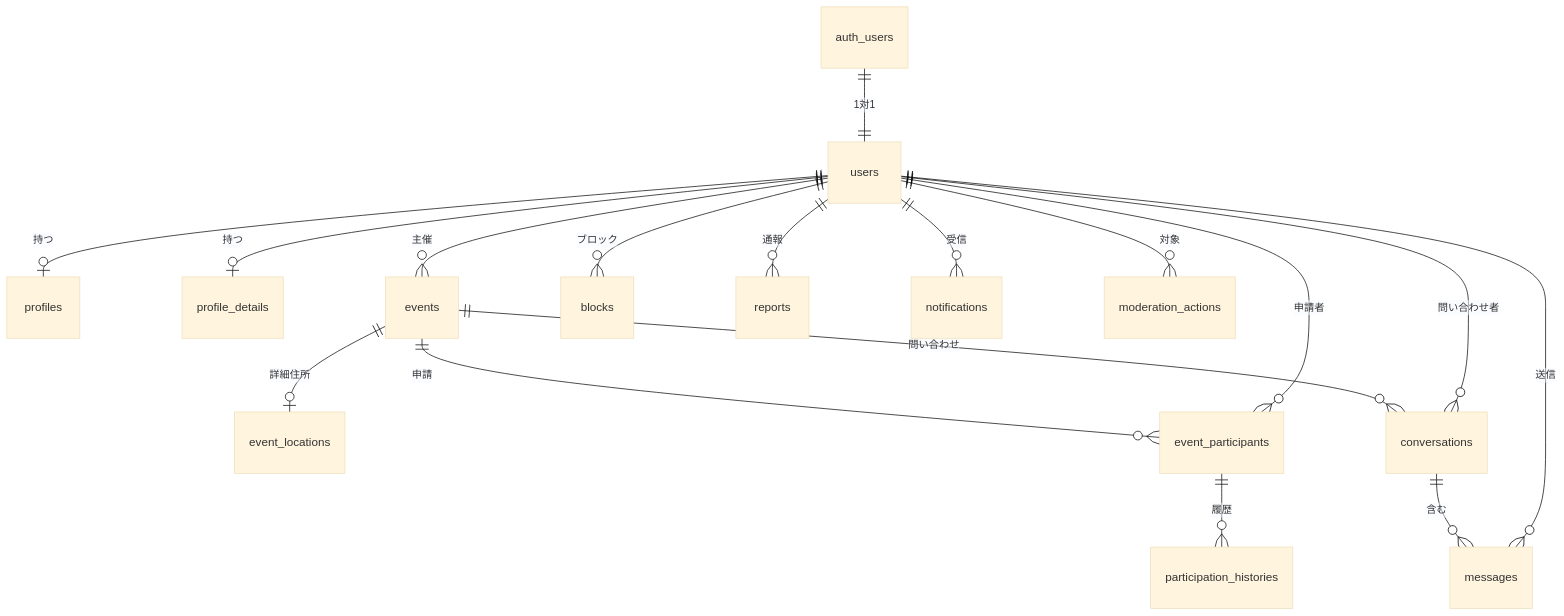
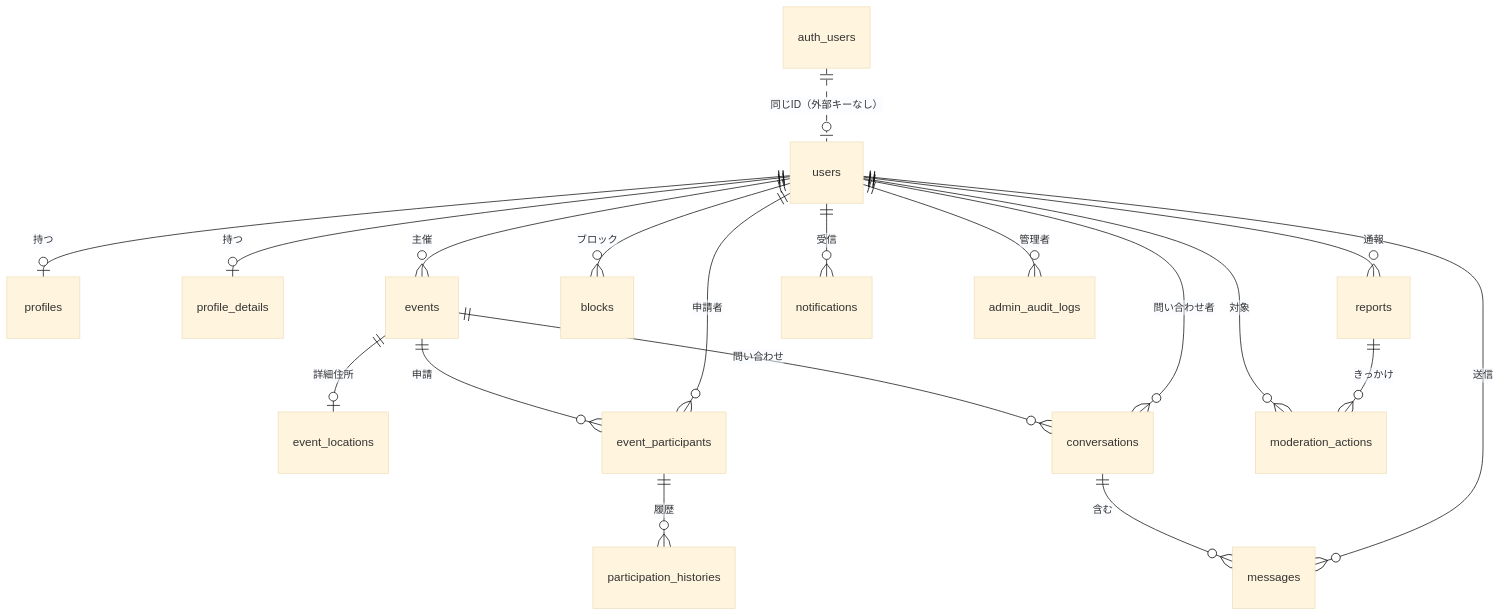
The first of 2 diagrams in docs/06_データベース設計.md (sysnovastudio-byte/nagoya-volleyball-matching), drawn with Mermaid (base theme) before and after one commit. The commit also changed other lines of this file and 6 other files, not shown here.

````diff
--- a/docs/06_データベース設計.md
+++ b/docs/06_データベース設計.md
@@ -48,19 +59,21 @@
 ```mermaid
 erDiagram
-    auth_users ||--|| users : "1対1"
+    auth_users ||..o| users : "同じID（外部キーなし）"
     users ||--o| profiles : "持つ"
     users ||--o| profile_details : "持つ"
     users ||--o{ events : "主催"
     events ||--o| event_locations : "詳細住所"
     events ||--o{ event_participants : "申請"
     users ||--o{ event_participants : "申請者"
     event_participants ||--o{ participation_histories : "履歴"
     events ||--o{ conversations : "問い合わせ"
     users ||--o{ conversations : "問い合わせ者"
     conversations ||--o{ messages : "含む"
     users ||--o{ messages : "送信"
     users ||--o{ blocks : "ブロック"
     users ||--o{ reports : "通報"
     users ||--o{ notifications : "受信"
     users ||--o{ moderation_actions : "対象"
+    reports ||--o{ moderation_actions : "きっかけ"
+    users ||--o{ admin_audit_logs : "管理者"
 ```
````
